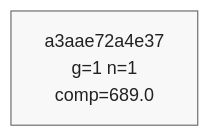
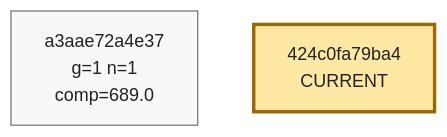
One commit to azumag/soviet_now changed the ninth of 9 diagrams in phyrogenetic-tree.md. Above: the diagram before and after it, drawn with Mermaid. The commit also changed other lines of this file and 2 other files, not shown here.

````diff
--- a/phyrogenetic-tree.md
+++ b/phyrogenetic-tree.md
@@ -2229,12 +2224,14 @@
 ```mermaid
 flowchart TD
     h_a3aae72a4e37["a3aae72a4e37<br/>g=1 n=1<br/>comp=689.0"]
+    h_424c0fa79ba4["424c0fa79ba4<br/>CURRENT"]
 
 
     classDef plain fill:#f8f8f8,stroke:#666,stroke-width:1px,color:#222;
     classDef current fill:#ffe8a3,stroke:#9a6700,stroke-width:3px,color:#222;
     classDef anchor fill:#d7f5dd,stroke:#1f6f43,stroke-width:3px,color:#222;
     classDef current_anchor fill:#f3e4a8,stroke:#1f6f43,stroke-width:4px,color:#222;
 
     class h_a3aae72a4e37 plain;
+    class h_424c0fa79ba4 current;
 ```
````
